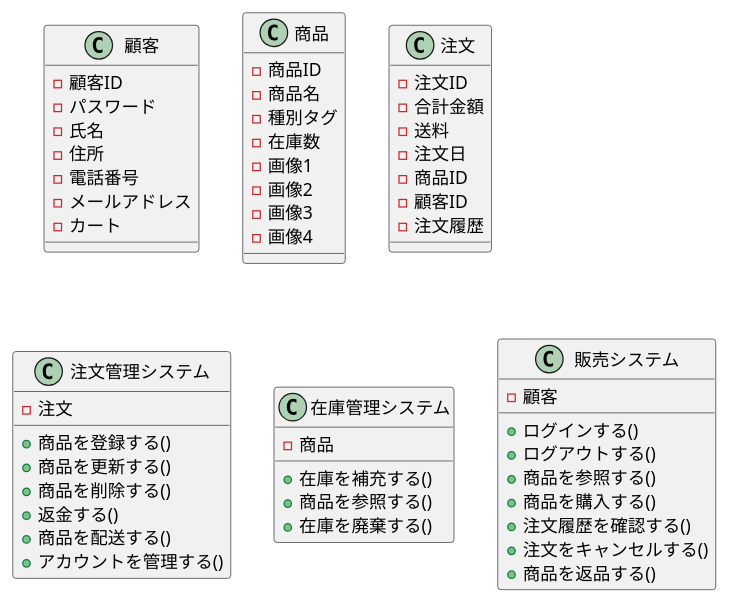
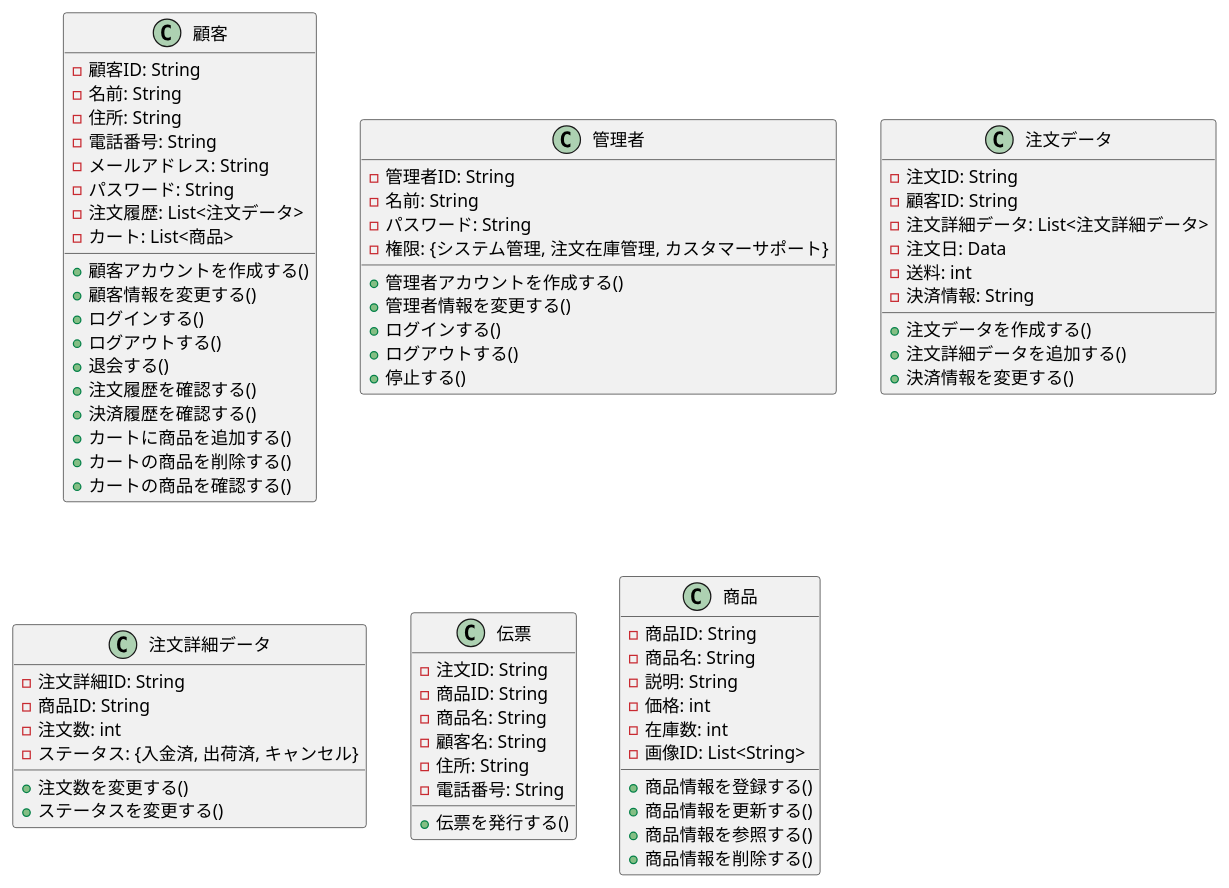
One commit to FujikawaHirono0520/group3_1_dogdog changed the diagram in BB/class.pu. Above: the diagram before and after it, drawn with PlantUML.

Commit message:
【変更】ドメイン図をもとに作り替え

```diff
--- a/BB/class.pu
+++ b/BB/class.pu
@@ -1,65 +1,86 @@
 @startuml .
 
 class 顧客{
-    - 顧客ID
-    - パスワード
-    - 氏名
-    - 住所
-    - 電話番号
-    - メールアドレス
-    - カート
+    - 顧客ID: String
+    - 名前: String
+    - 住所: String
+    - 電話番号: String
+    - メールアドレス: String
+    - パスワード: String
+    - 注文履歴: List<注文データ>
+    - カート: List<商品>
+
+    + 顧客アカウントを作成する()
+    + 顧客情報を変更する()
+    + ログインする()
+    + ログアウトする()
+    + 退会する()
+    + 注文履歴を確認する()
+    + 決済履歴を確認する()
+    + カートに商品を追加する()
+    + カートの商品を削除する()
+    + カートの商品を確認する()
+}
+
+class 管理者 {
+    - 管理者ID: String
+    - 名前: String
+    - パスワード: String
+    - 権限: {システム管理, 注文在庫管理, カスタマーサポート}
+
+    + 管理者アカウントを作成する()
+    + 管理者情報を変更する()
+    + ログインする()
+    + ログアウトする()
+    + 停止する()
+}
+
+class 注文データ {
+    - 注文ID: String
+    - 顧客ID: String
+    - 注文詳細データ: List<注文詳細データ>
+    - 注文日: Data
+    - 送料: int
+    - 決済情報: String
+
+    + 注文データを作成する()
+    + 注文詳細データを追加する()
+    + 決済情報を変更する()
+}
+
+class 注文詳細データ {
+    - 注文詳細ID: String
+    - 商品ID: String
+    - 注文数: int
+    - ステータス: {入金済, 出荷済, キャンセル}
+
+    + 注文数を変更する()
+    + ステータスを変更する()
+}
+
+class 伝票 {
+    - 注文ID: String
+    - 商品ID: String
+    - 商品名: String
+    - 顧客名: String
+    - 住所: String
+    - 電話番号: String
+
+    + 伝票を発行する()
 }
 
 class 商品 {
-    - 商品ID
-    - 商品名
-    - 種別タグ
-    - 在庫数
-    - 画像1
-    - 画像2
-    - 画像3
-    - 画像4
-}
+    - 商品ID: String
+    - 商品名: String
+    - 説明: String
+    - 価格: int
+    - 在庫数: int
+    - 画像ID: List<String>
 
-class 注文 {
-    - 注文ID
-    - 合計金額
-    - 送料
-    - 注文日
-    - 商品ID
-    - 顧客ID
-    - 注文履歴
-}
-
-class 注文管理システム{
-    - 注文
-
-    + 商品を登録する()
-    + 商品を更新する()
-    + 商品を削除する()
-    + 返金する()
-    + 商品を配送する()
-    + アカウントを管理する()
-}
-
-class 在庫管理システム{
-    - 商品
-
-    + 在庫を補充する()
-    + 商品を参照する()
-    + 在庫を廃棄する()
-}
-
-class 販売システム{
-    - 顧客
-
-    + ログインする()
-    + ログアウトする()
-    + 商品を参照する()
-    + 商品を購入する()
-    + 注文履歴を確認する()
-    + 注文をキャンセルする()
-    + 商品を返品する()
+    + 商品情報を登録する()
+    + 商品情報を更新する()
+    + 商品情報を参照する()
+    + 商品情報を削除する()
 }
 
 @enduml
```
